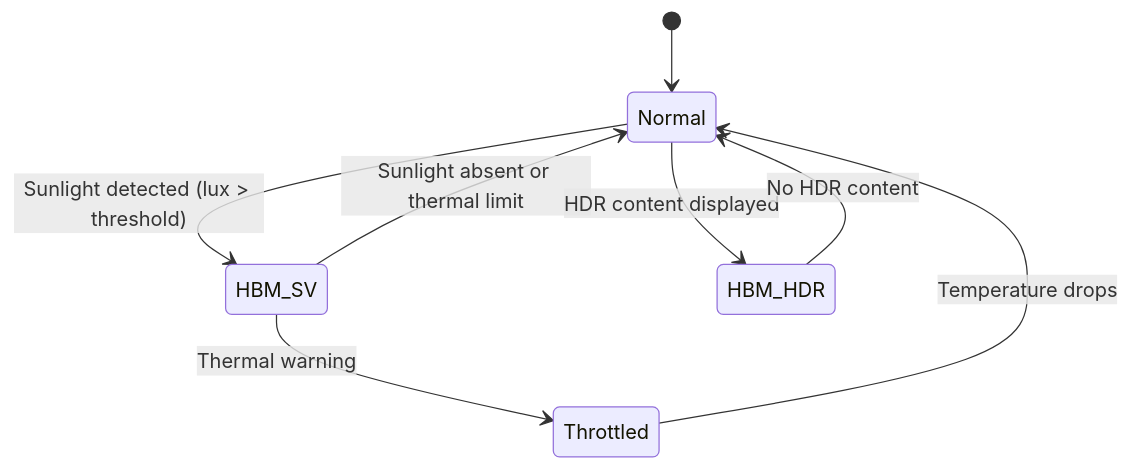
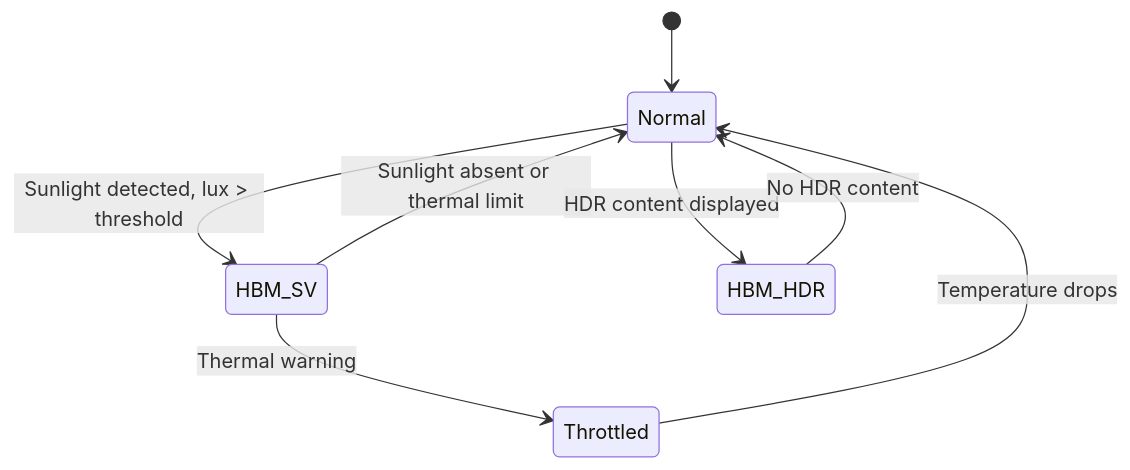
Diagram 41 of 42 in 24-display-system.md (fwrite0920/aosp-internal-book), drawn with Mermaid before and after one commit. The commit also changed other lines of this file and 6 other files, not shown here.

First line of the commit message:
Fix Mermaid diagrams and formatting in Parts V-VI (chapters 18-25)

````diff
--- a/24-display-system.md
+++ b/24-display-system.md
@@ -2930,10 +2930,10 @@
 ```mermaid
 stateDiagram-v2
     [*] --> Normal
-    Normal --> HBM_SV : Sunlight detected (lux > threshold)
+    Normal --> HBM_SV : Sunlight detected, lux > threshold
     HBM_SV --> Normal : Sunlight absent or thermal limit
     Normal --> HBM_HDR : HDR content displayed
     HBM_HDR --> Normal : No HDR content
     HBM_SV --> Throttled : Thermal warning
     Throttled --> Normal : Temperature drops
 ```
````
